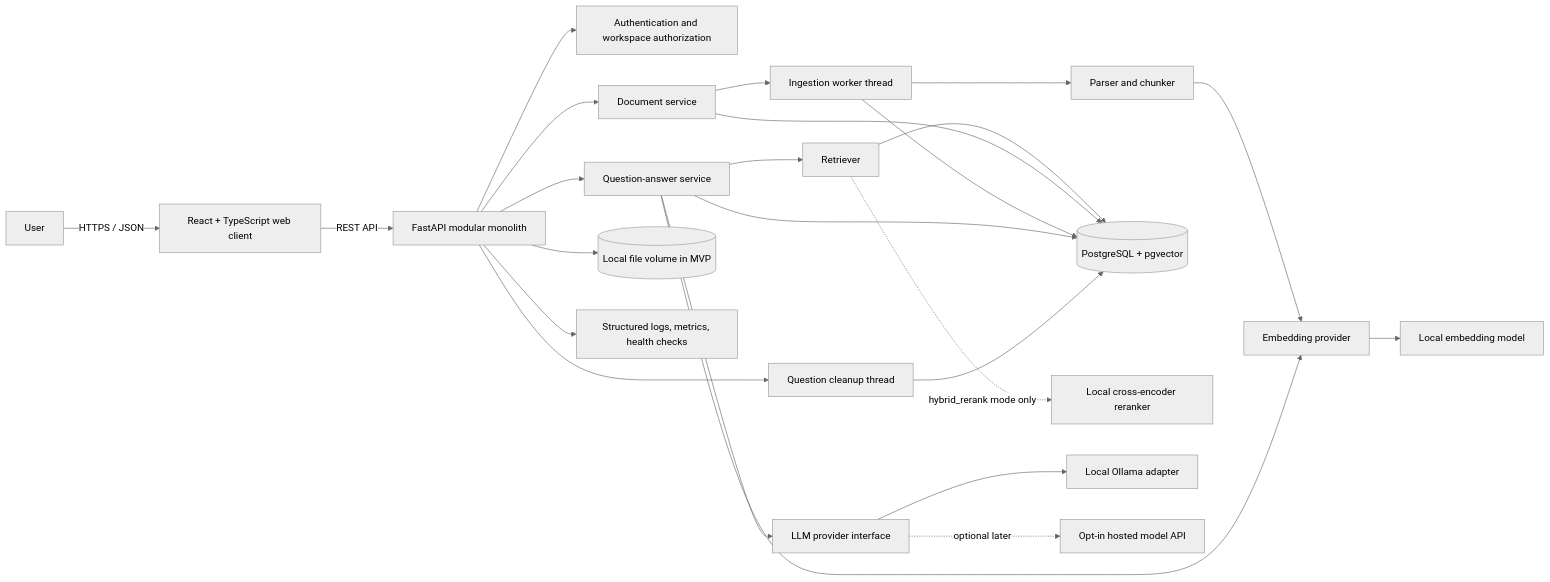
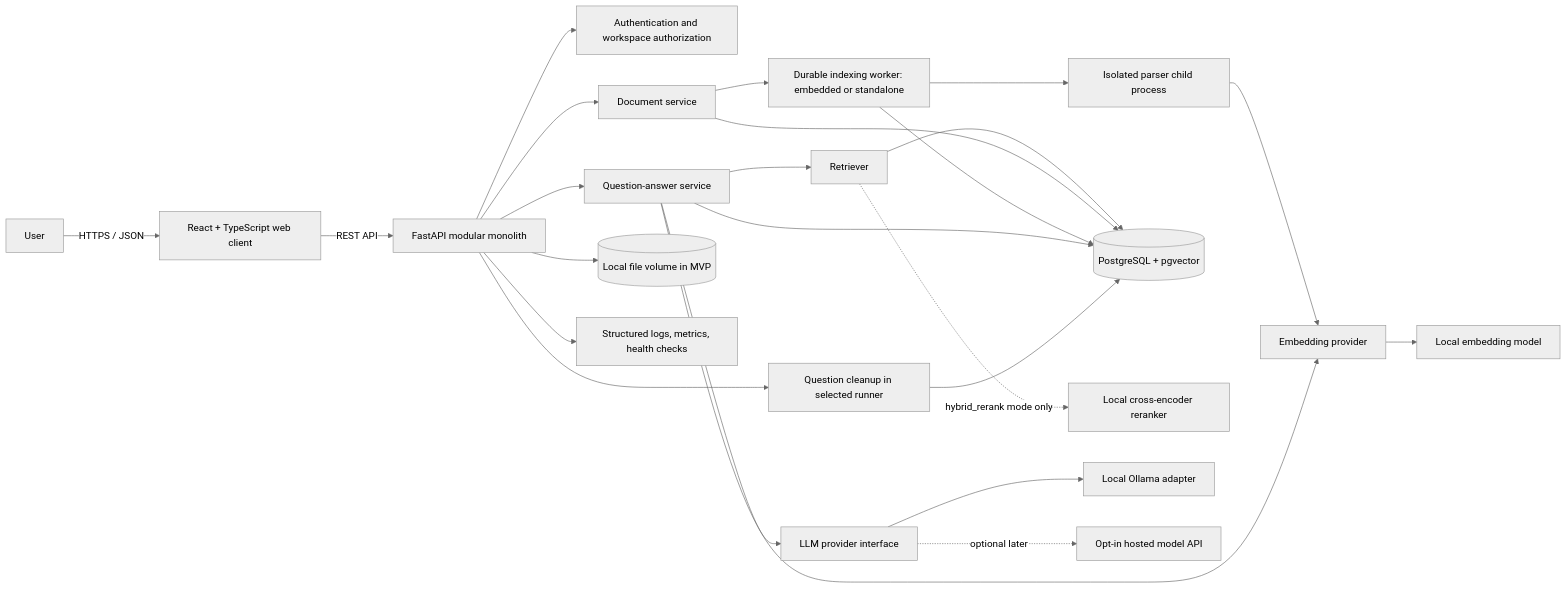
The first of 4 diagrams in docs/specification/README.md (tatpudiarvind/evidence-backed-knowledge-assistant), drawn with Mermaid (neutral theme) before and after one commit. The commit also changed other lines of this file and 24 other files, not shown here.

Commit message:
Phase 8: add durable indexing queue

````diff
--- a/docs/specification/README.md
+++ b/docs/specification/README.md
@@ -73,26 +73,26 @@
 ```mermaid
 flowchart LR
     U[User] -->|HTTPS / JSON| WEB[React + TypeScript web client]
     WEB -->|REST API| API[FastAPI modular monolith]
     API --> AUTH[Authentication and workspace authorization]
     API --> DOC[Document service]
     API --> QA[Question-answer service]
-    DOC --> ING[Ingestion worker thread]
-    ING --> PARSE[Parser and chunker]
+    DOC --> ING[Durable indexing worker: embedded or standalone]
+    ING --> PARSE[Isolated parser child process]
     PARSE --> EMB[Embedding provider]
     QA --> RET[Retriever]
     QA --> EMB
     RET --> DB[(PostgreSQL + pgvector)]
     RET -. hybrid_rerank mode only .-> RERANK[Local cross-encoder reranker]
     DOC --> DB
     ING --> DB
     QA --> DB
-    API --> CLEAN[Question cleanup thread]
+    API --> CLEAN[Question cleanup in selected runner]
     CLEAN --> DB
     API --> STORE[(Local file volume in MVP)]
     QA --> LLM[LLM provider interface]
     EMB --> LOCAL[Local embedding model]
     LLM --> OLLAMA[Local Ollama adapter]
     LLM -. optional later .-> HOSTED[Opt-in hosted model API]
     API --> OBS[Structured logs, metrics, health checks]
 ```
````
